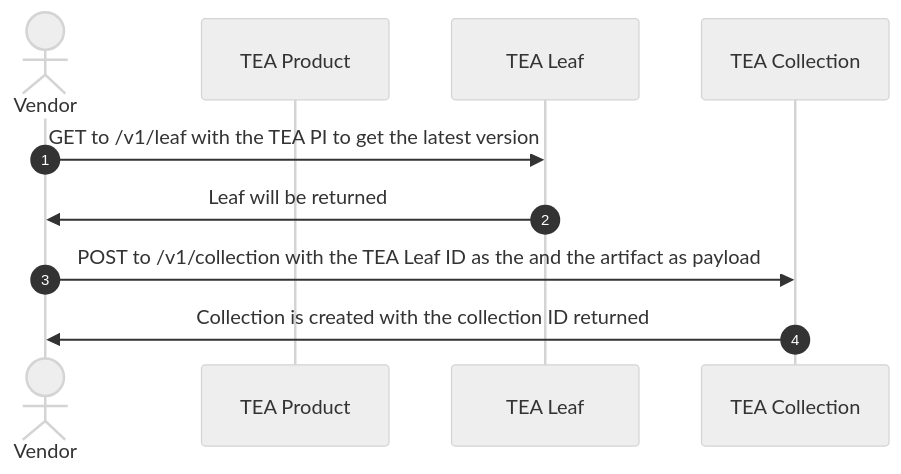
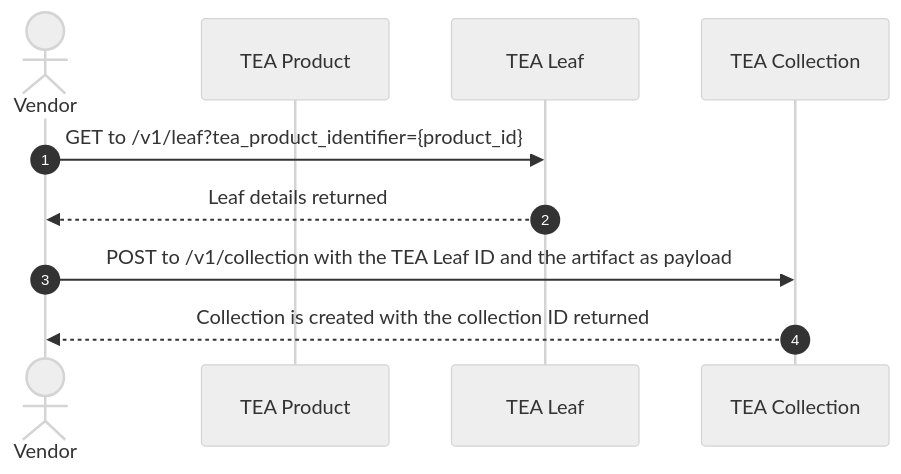
One commit to vpetersson/transparency-exchange-api changed the third of 4 diagrams in api-flow/publisher.md. Above: the diagram before and after it, drawn with Mermaid (neutral theme). The commit also changed other lines of this file and 2 other files, not shown here.

Commit message:
Updates diagrams. Alignment with API specs and adds example

````diff
--- a/api-flow/publisher.md
+++ b/api-flow/publisher.md
@@ -45,14 +45,14 @@
 ```mermaid
 sequenceDiagram
     autonumber
     actor Vendor
     participant tea_product as TEA Product
     participant tea_leaf as TEA Leaf
     participant tea_collection as TEA Collection
 
-    Vendor ->> tea_leaf: GET to /v1/leaf with the TEA PI to get the latest version
-    tea_leaf ->> Vendor: Leaf will be returned
+    Vendor ->> tea_leaf: GET to /v1/leaf?tea_product_identifier={product_id}
+    tea_leaf -->> Vendor: Leaf details returned
 
-    Vendor ->> tea_collection: POST to /v1/collection with the TEA Leaf ID as the and the artifact as payload
-    tea_collection ->> Vendor: Collection is created with the collection ID returned
+    Vendor ->> tea_collection: POST to /v1/collection with the TEA Leaf ID and the artifact as payload
+    tea_collection -->> Vendor: Collection is created with the collection ID returned
 ```
````
